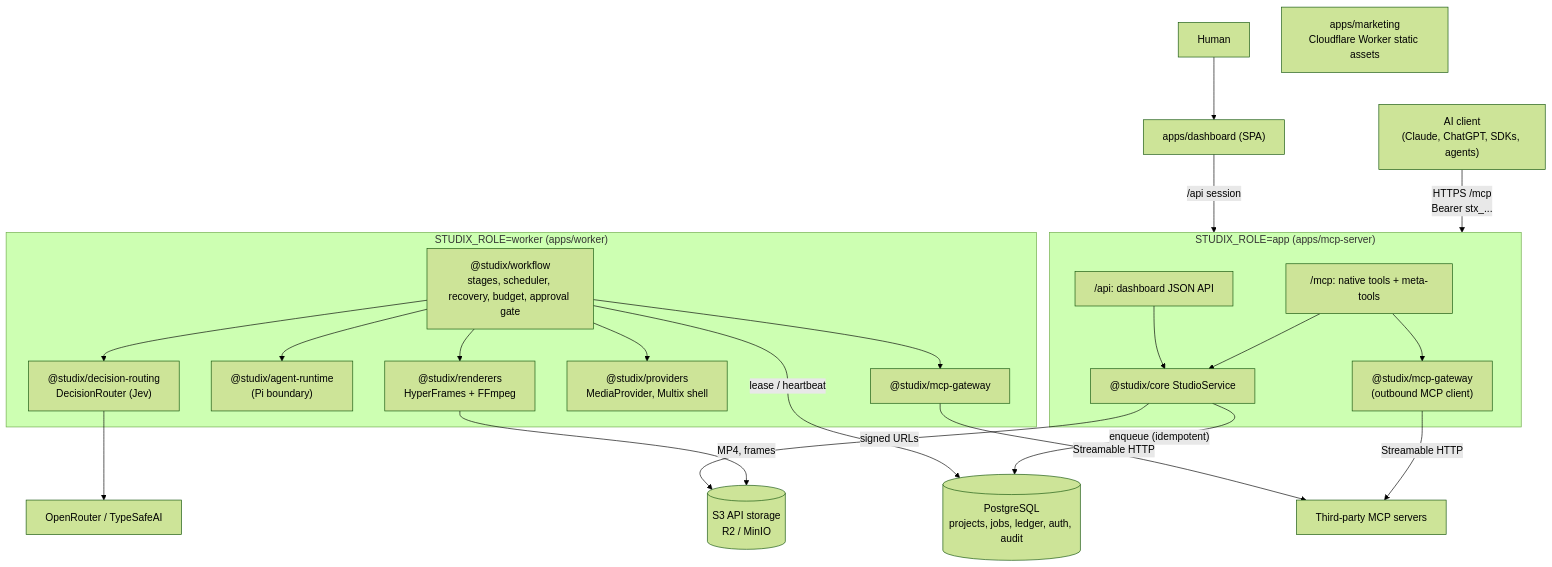
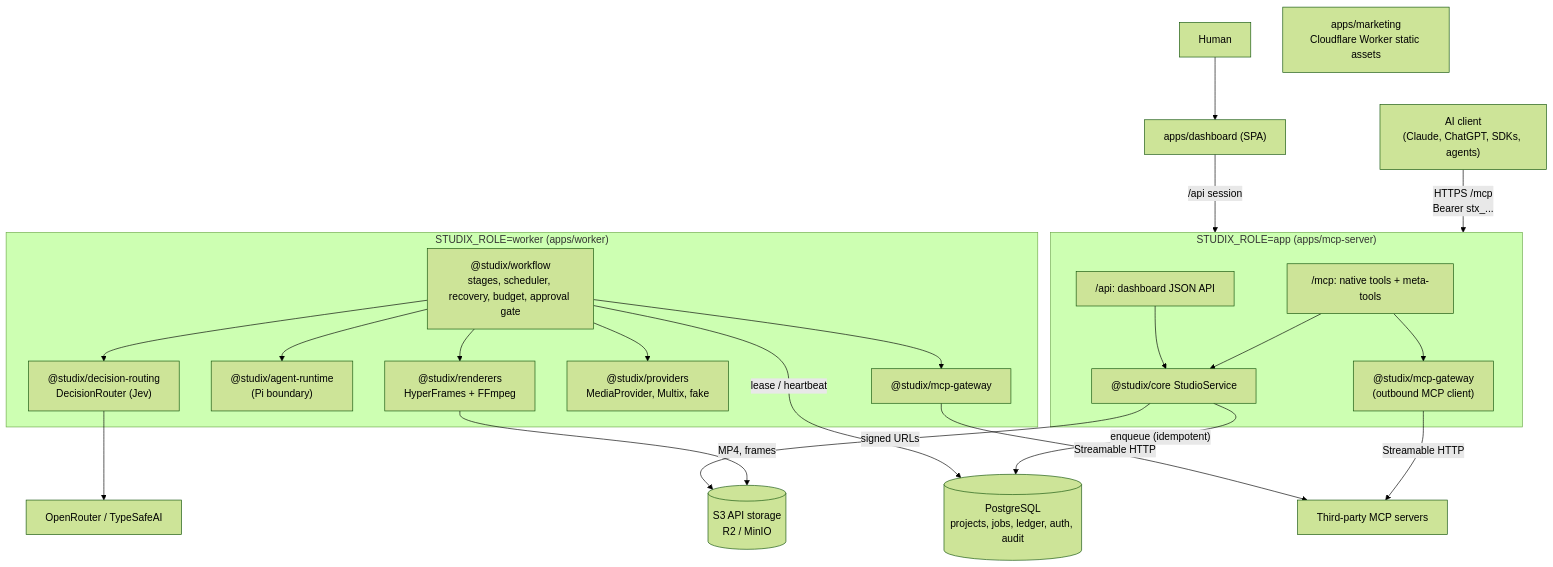
The first of 3 diagrams in docs/ARCHITECTURE.md (digitopvn/studix), drawn with Mermaid (forest theme) before and after one commit. The commit also changed other lines of this file and 25 other files, not shown here.

First line of the commit message:
feat(providers): real Multix media provider with job resume and probe-before-batch

````diff
--- a/docs/ARCHITECTURE.md
+++ b/docs/ARCHITECTURE.md
@@ -13,33 +13,33 @@
 ```mermaid
 flowchart TB
   client["AI client<br/>(Claude, ChatGPT, SDKs, agents)"] -->|"HTTPS /mcp<br/>Bearer stx_..."| app
   human["Human"] --> dash["apps/dashboard (SPA)"] -->|"/api session"| app
   mkt["apps/marketing<br/>Cloudflare Worker static assets"]
 
   subgraph app["STUDIX_ROLE=app (apps/mcp-server)"]
     mcp["/mcp: native tools + meta-tools"]
     api["/api: dashboard JSON API"]
     svc["@studix/core StudioService"]
     gw["@studix/mcp-gateway<br/>(outbound MCP client)"]
     mcp --> svc
     api --> svc
     mcp --> gw
   end
 
   subgraph worker["STUDIX_ROLE=worker (apps/worker)"]
     wf["@studix/workflow<br/>stages, scheduler, recovery, budget, approval gate"]
     dr["@studix/decision-routing<br/>DecisionRouter (Jev)"]
     ar["@studix/agent-runtime<br/>(Pi boundary)"]
     rd["@studix/renderers<br/>HyperFrames + FFmpeg"]
-    pv["@studix/providers<br/>MediaProvider, Multix shell"]
+    pv["@studix/providers<br/>MediaProvider, Multix, fake"]
     wf --> dr & ar & rd & pv
     wf --> gw2["@studix/mcp-gateway"]
   end
 
   svc -->|"enqueue (idempotent)"| pg[("PostgreSQL<br/>projects, jobs, ledger, auth, audit")]
   wf -->|"lease / heartbeat"| pg
   rd -->|"MP4, frames"| s3[("S3 API storage<br/>R2 / MinIO")]
   svc -->|"signed URLs"| s3
   gw & gw2 -->|"Streamable HTTP"| ext["Third-party MCP servers"]
   dr --> llm["OpenRouter / TypeSafeAI"]
 ```
````
